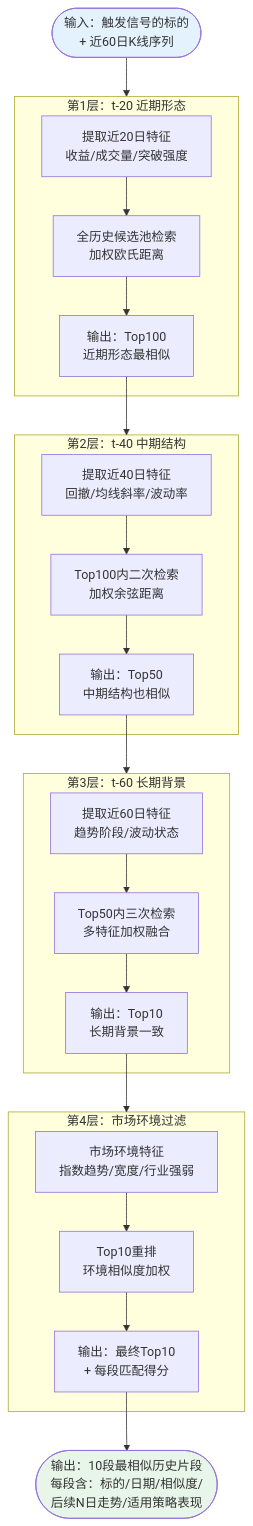
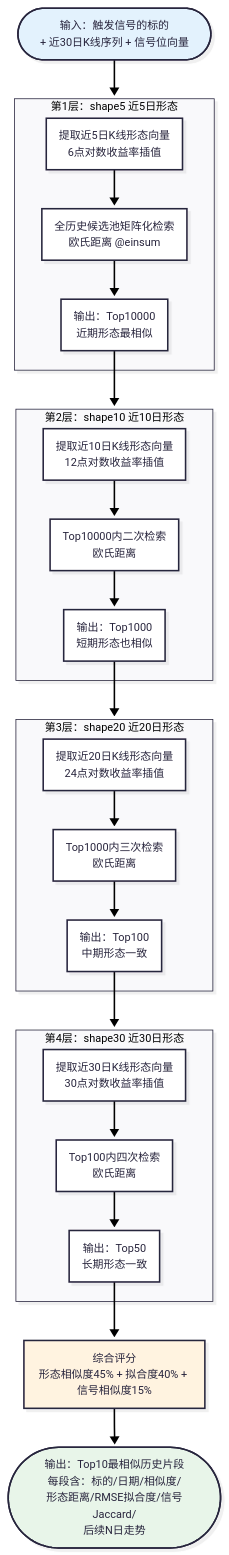
Before and after one commit to treachery/trade: the third of 7 diagrams in docs/pattern_matching/quant_strategy_system_master_plan.md, drawn with Mermaid. The commit also changed other lines of this file, not shown here.

````diff
--- a/docs/pattern_matching/quant_strategy_system_master_plan.md
+++ b/docs/pattern_matching/quant_strategy_system_master_plan.md
@@ -489,39 +512,48 @@
 ```mermaid
+---
+config:
+  look: neo
+  theme: redux
+  layout: dagre
+---
 flowchart TD
-    INPUT([输入：触发信号的标的<br/>+ 近60日K线序列]) --> STAGE1
+    INPUT([输入：触发信号的标的<br/>+ 近30日K线序列 + 信号位向量]) --> STAGE1
 
-    subgraph STAGE1["第1层：t-20 近期形态"]
-        F1[提取近20日特征<br/>收益/成交量/突破强度]
-        F1 --> S1[全历史候选池检索<br/>加权欧氏距离]
-        S1 --> R1[输出：Top100<br/>近期形态最相似]
+    subgraph STAGE1["第1层：shape5 近5日形态"]
+        F1[提取近5日K线形态向量<br/>6点对数收益率插值]
+        F1 --> S1[全历史候选池矩阵化检索<br/>欧氏距离 @einsum]
+        S1 --> R1[输出：Top10000<br/>近期形态最相似]
     end
 
     R1 --> STAGE2
 
-    subgraph STAGE2["第2层：t-40 中期结构"]
-        F2[提取近40日特征<br/>回撤/均线斜率/波动率]
-        F2 --> S2[Top100内二次检索<br/>加权余弦距离]
-        S2 --> R2[输出：Top50<br/>中期结构也相似]
+    subgraph STAGE2["第2层：shape10 近10日形态"]
+        F2[提取近10日K线形态向量<br/>12点对数收益率插值]
+        F2 --> S2[Top10000内二次检索<br/>欧氏距离]
+        S2 --> R2[输出：Top1000<br/>短期形态也相似]
     end
 
     R2 --> STAGE3
 
-    subgraph STAGE3["第3层：t-60 长期背景"]
-        F3[提取近60日特征<br/>趋势阶段/波动状态]
-        F3 --> S3[Top50内三次检索<br/>多特征加权融合]
-        S3 --> R3[输出：Top10<br/>长期背景一致]
+    subgraph STAGE3["第3层：shape20 近20日形态"]
+        F3[提取近20日K线形态向量<br/>24点对数收益率插值]
+        F3 --> S3[Top1000内三次检索<br/>欧氏距离]
+        S3 --> R3[输出：Top100<br/>中期形态一致]
     end
 
     R3 --> STAGE4
 
-    subgraph STAGE4["第4层：市场环境过滤"]
-        F4[市场环境特征<br/>指数趋势/宽度/行业强弱]
-        F4 --> S4[Top10重排<br/>环境相似度加权]
-        S4 --> R4[输出：最终Top10<br/>+ 每段匹配得分]
+    subgraph STAGE4["第4层：shape30 近30日形态"]
+        F4[提取近30日K线形态向量<br/>30点对数收益率插值]
+        F4 --> S4[Top100内四次检索<br/>欧氏距离]
+        S4 --> R4[输出：Top50<br/>长期形态一致]
     end
 
-    R4 --> OUTPUT([输出：10段最相似历史片段<br/>每段含：标的/日期/相似度/<br/>后续N日走势/适用策略表现])
+    R4 --> FINAL_SCORE[综合评分<br/>形态相似度45% + 拟合度40% + 信号相似度15%]
+
+    FINAL_SCORE --> OUTPUT([输出：Top10最相似历史片段<br/>每段含：标的/日期/相似度/<br/>形态距离/RMSE拟合度/信号Jaccard/<br/>后续N日走势])
 
     style INPUT fill:#e3f2fd
     style OUTPUT fill:#e8f5e9
+    style FINAL_SCORE fill:#fff3e0
 ```
````
